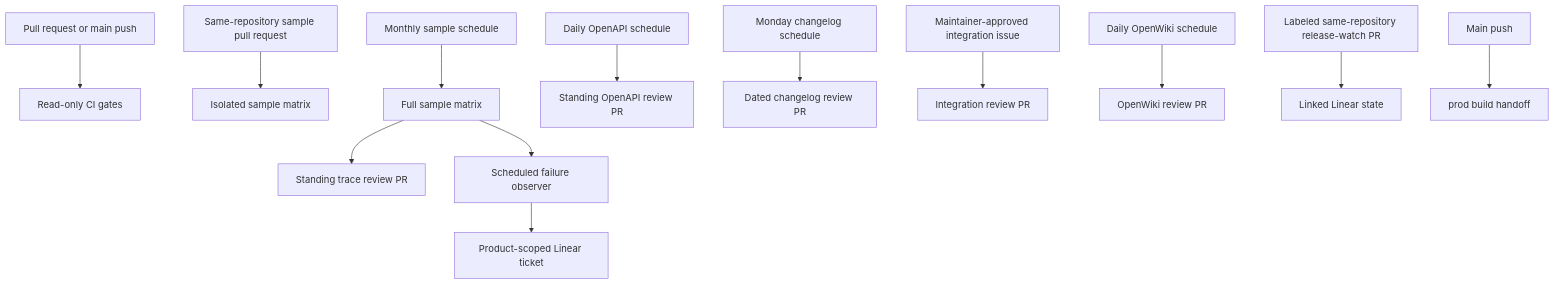
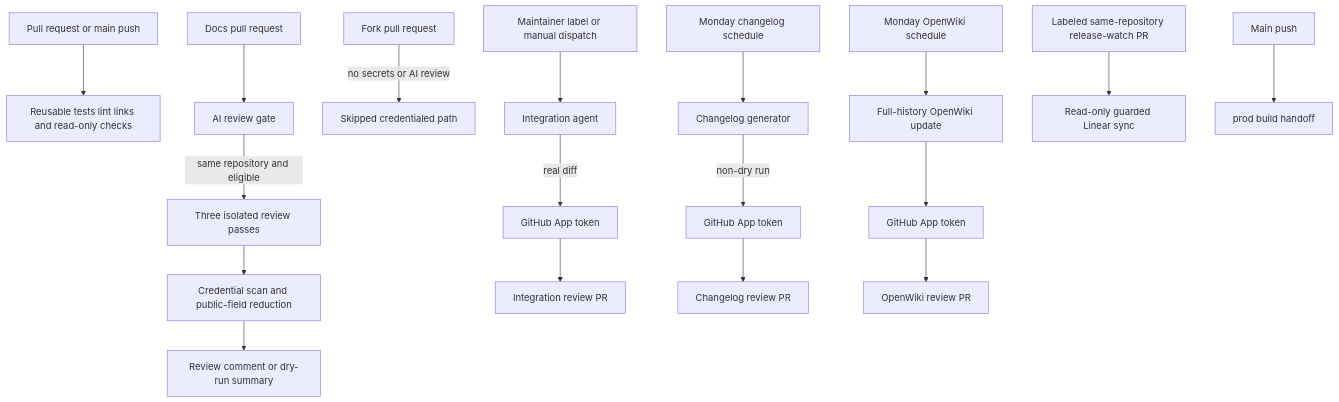
Before and after one commit to langchain-ai/docs: the first of 2 diagrams in openwiki/integrations/github-actions.md, drawn with Mermaid. The commit also changed other lines of this file and 43 other files, not shown here.

Commit message:
docs: update OpenWiki

````diff
--- a/openwiki/integrations/github-actions.md
+++ b/openwiki/integrations/github-actions.md
@@ -35,15 +39,20 @@
 ```mermaid
 flowchart TD
-  Change["Pull request or main push"] --> CI["Read-only CI gates"]
-  Internal["Same-repository sample pull request"] --> Samples["Isolated sample matrix"]
-  Schedule["Monthly sample schedule"] --> Full["Full sample matrix"]
-  Full --> Trace["Standing trace review PR"]
-  Full --> Observe["Scheduled failure observer"]
-  Observe --> Linear["Product-scoped Linear ticket"]
-  Daily["Daily OpenAPI schedule"] --> ApiPr["Standing OpenAPI review PR"]
-  Weekly["Monday changelog schedule"] --> ChangePr["Dated changelog review PR"]
-  Approved["Maintainer-approved integration issue"] --> Listing["Integration review PR"]
-  Wiki["Daily OpenWiki schedule"] --> WikiPr["OpenWiki review PR"]
-  ReleasePr["Labeled same-repository release-watch PR"] --> LinearSync["Linked Linear state"]
+  Change["Pull request or main push"] --> CI["Reusable tests lint links and read-only checks"]
+  Docs["Docs pull request"] --> Gate["AI review gate"]
+  Gate -->|"same repository and eligible"| Review["Three isolated review passes"]
+  Review --> Sanitize["Credential scan and public-field reduction"]
+  Sanitize --> Post["Review comment or dry-run summary"]
+  Fork["Fork pull request"] -->|"no secrets or AI review"| Skip["Skipped credentialed path"]
+  Maintainer["Maintainer label or manual dispatch"] --> Integration["Integration agent"]
+  Integration -->|"real diff"| App1["GitHub App token"]
+  App1 --> PR1["Integration review PR"]
+  Weekly["Monday changelog schedule"] --> Changelog["Changelog generator"]
+  Changelog -->|"non-dry run"| App2["GitHub App token"]
+  App2 --> PR2["Changelog review PR"]
+  Wiki["Monday OpenWiki schedule"] --> WikiRun["Full-history OpenWiki update"]
+  WikiRun --> App3["GitHub App token"]
+  App3 --> PR3["OpenWiki review PR"]
+  ReleasePr["Labeled same-repository release-watch PR"] --> Linear["Read-only guarded Linear sync"]
   Main["Main push"] --> Publish["prod build handoff"]
 ```
````
